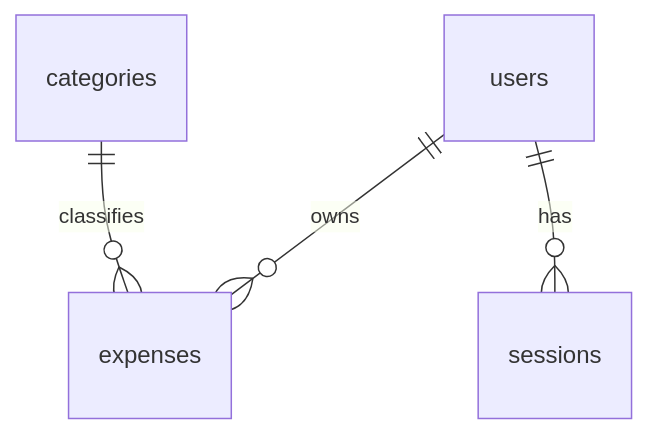
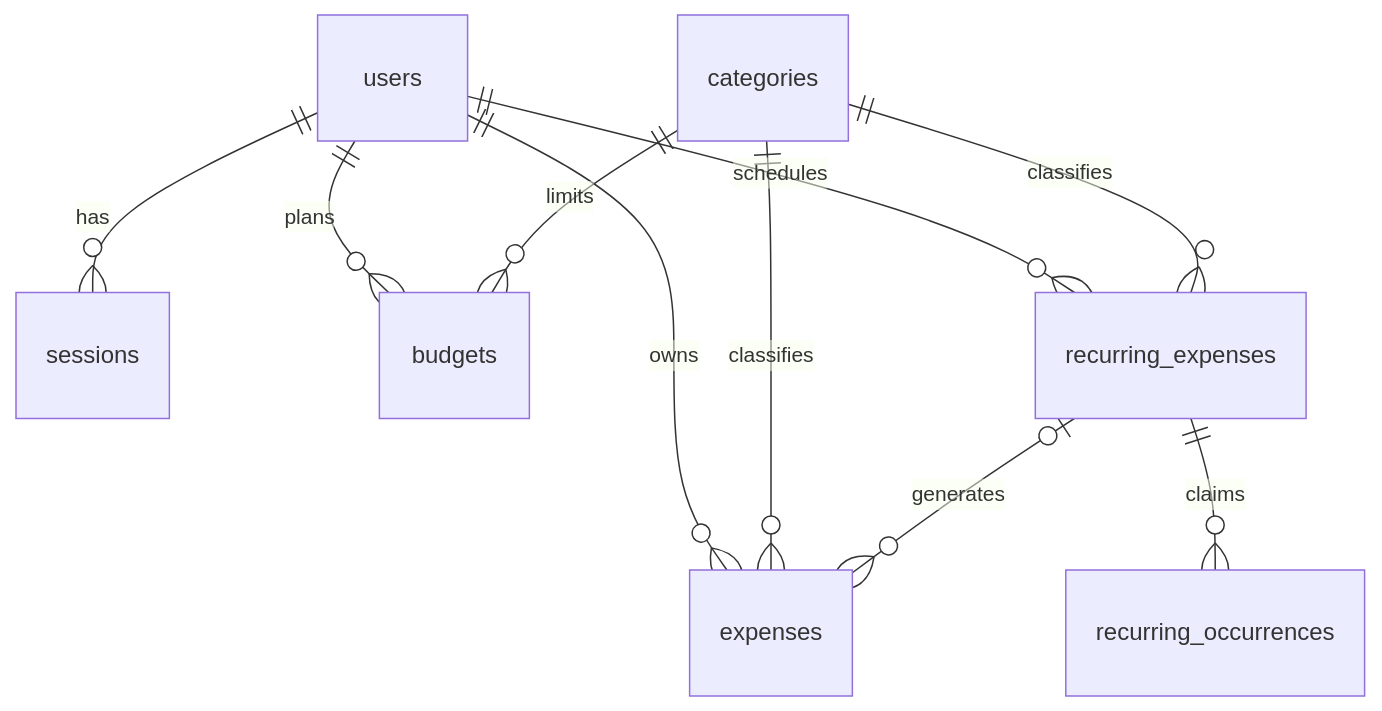
The second of 2 diagrams in README.md (El1syum/tksu_pl), drawn with Mermaid before and after one commit. The commit also changed other lines of this file and 43 other files, not shown here.

````diff
--- a/README.md
+++ b/README.md
@@ -141,6 +165,12 @@
 ```mermaid
 erDiagram
     users ||--o{ expenses : owns
     users ||--o{ sessions : has
     categories ||--o{ expenses : classifies
+    users ||--o{ budgets : plans
+    categories ||--o{ budgets : limits
+    users ||--o{ recurring_expenses : schedules
+    categories ||--o{ recurring_expenses : classifies
+    recurring_expenses ||--o{ recurring_occurrences : claims
+    recurring_expenses o|--o{ expenses : generates
 ```
````
